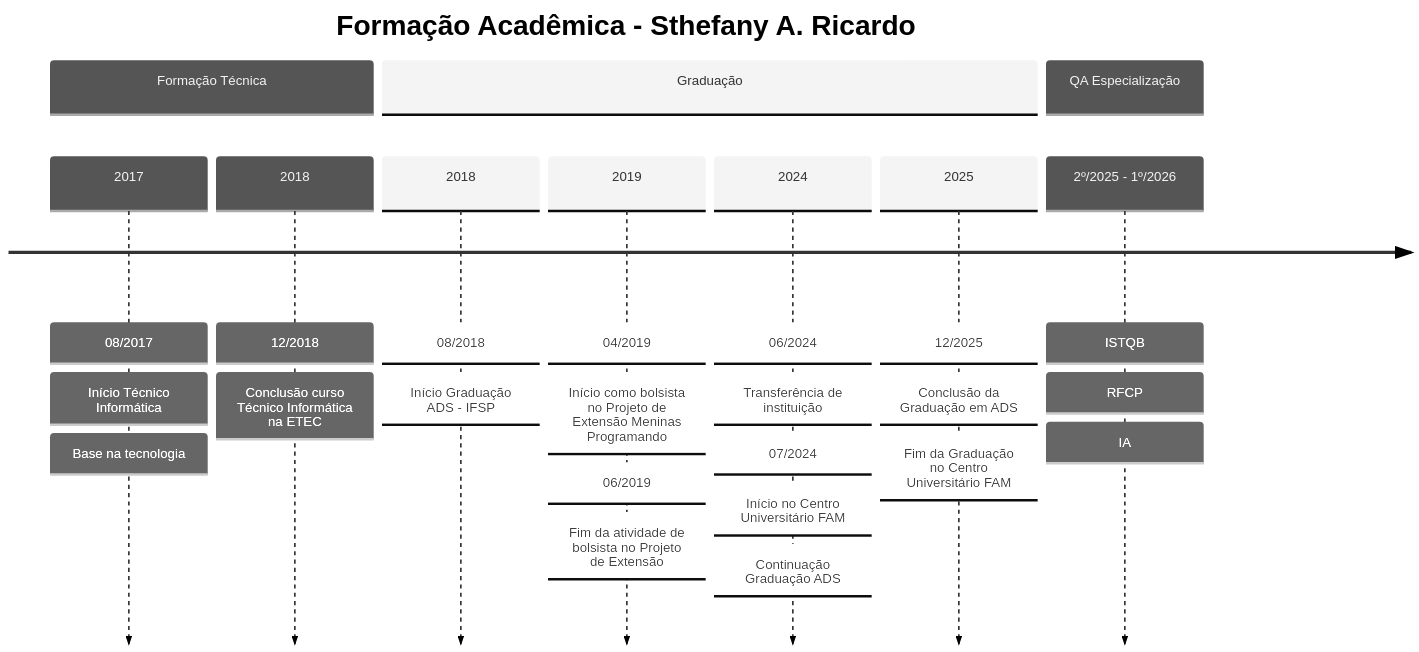
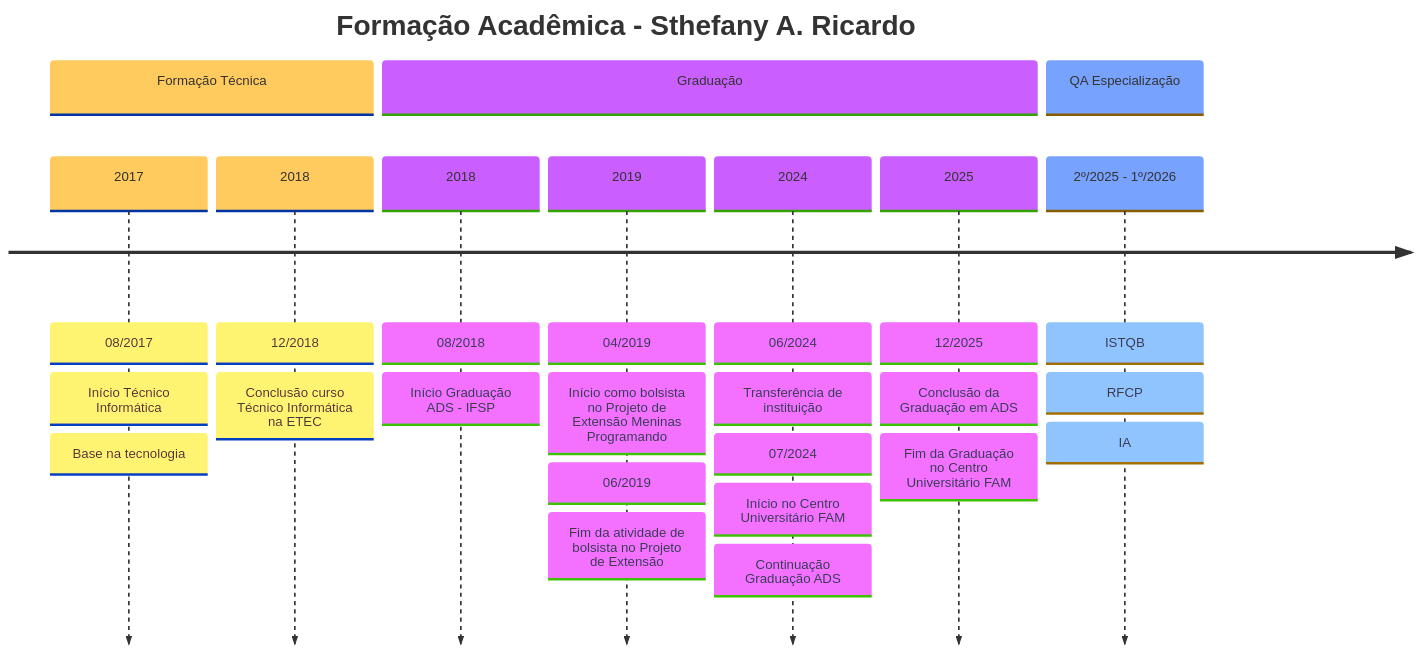
Before and after one commit to sthefanyricardo/sthefanyricardo: the second of 2 diagrams in README.md, drawn with Mermaid. The commit also changed other lines of this file, not shown here.

Commit message:
alteracao do tema no grafico do mermaid

````diff
--- a/README.md
+++ b/README.md
@@ -93,36 +93,36 @@
 ```mermaid
 ---
 config:
-  theme: 'neutral'
+  theme: 'base'
 ---
 timeline
     title Formação Acadêmica - Sthefany A. Ricardo
     
     section Formação Técnica
     2017
         : 08/2017 : Início Técnico Informática
         : Base na tecnologia
     2018
         : 12/2018 : Conclusão curso Técnico Informática na ETEC
     
     section Graduação
     2018 
         : 08/2018 : Início Graduação ADS - IFSP
     
     2019 
         : 04/2019 : Início como bolsista no Projeto de Extensão Meninas Programando
         : 06/2019 : Fim da atividade de bolsista no Projeto de Extensão
     
     2024
         : 06/2024 : Transferência de instituição
         : 07/2024 : Início no Centro Universitário FAM
         : Continuação Graduação ADS
     
     2025
         : 12/2025 : Conclusão da Graduação em ADS
         : Fim da Graduação no Centro Universitário FAM
     
     section QA Especialização
     2º/2025 - 1º/2026 
            : ISTQB : RFCP : IA
 ```
````
